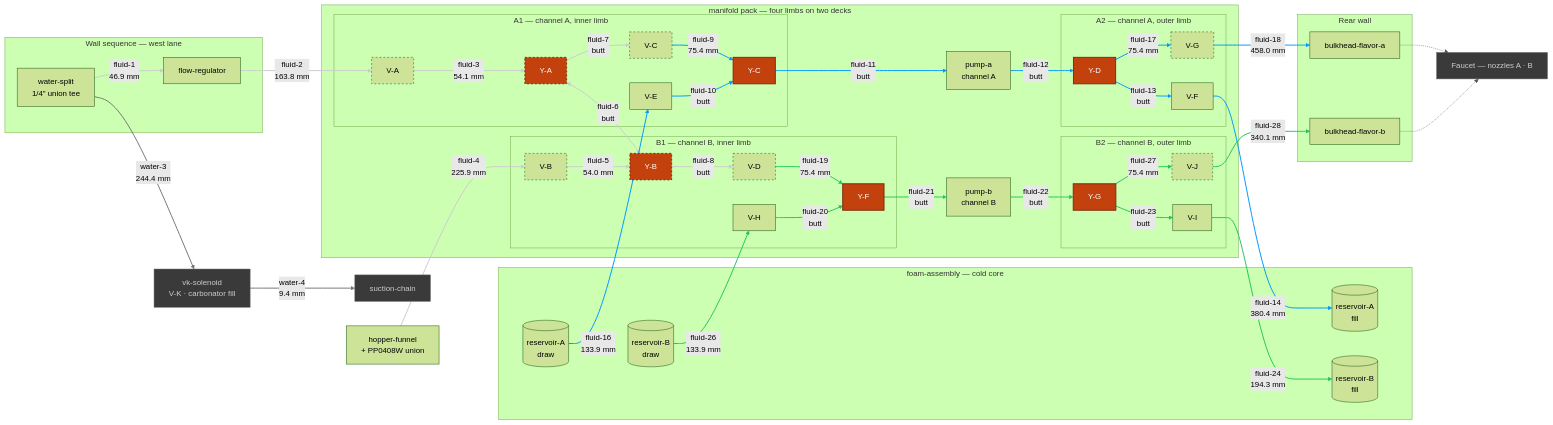
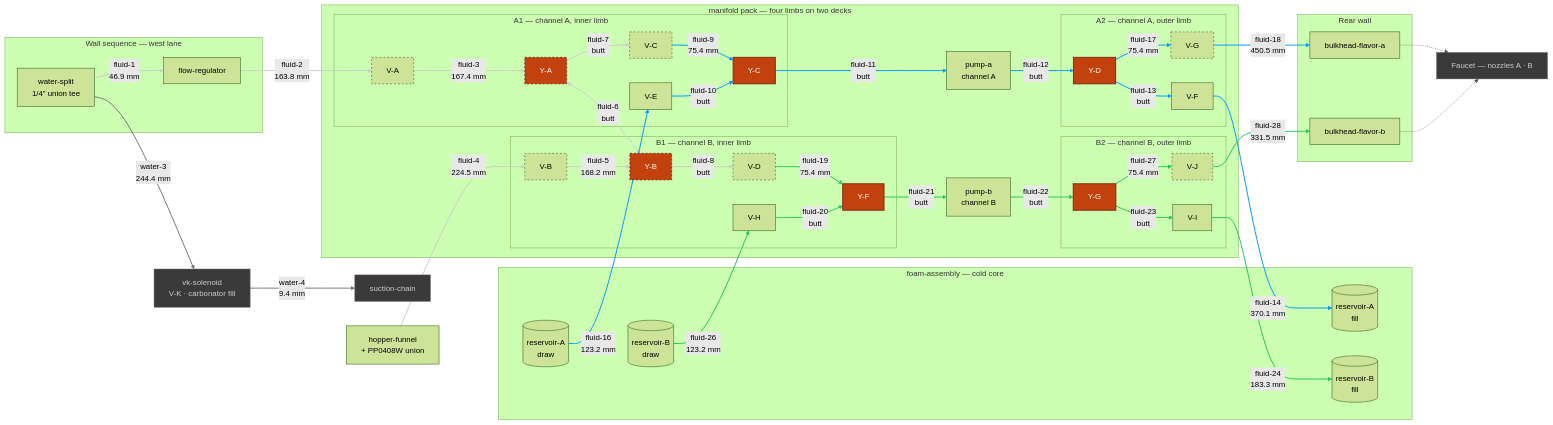
One commit to derekbreden/homesodamachine changed the diagram in hardware/topology/fluid-topology-manifold.mmd. Above: the diagram before and after it, drawn with Mermaid (forest theme). The commit also changed 10 other files, not shown here.

```diff
--- a/hardware/topology/fluid-topology-manifold.mmd
+++ b/hardware/topology/fluid-topology-manifold.mmd
@@ -14,8 +14,8 @@
   %% [26](SEGMENT_COUNT) flavor segments. [11](BUTT_COUNT) are collet butted to collet and carry
   %% no tube at all; [9](DRAWN_COUNT) are swept runs between placed bodies; the rest are the
   %% hinge's four hairpins and the source pair's two quarter-and-step turns. What is cut comes to
-  %% [2486.9 mm](FLUID_TOTAL) of 1/4" LLDPE over [49](FLUID_BENDS) corners, and the longest is
-  %% [fluid-18](LONGEST_ID) at [458.0 mm](LONGEST_LEN). [0](OPEN_COUNT) are mouths with nothing
+  %% [2654.2 mm](FLUID_TOTAL) of 1/4" LLDPE over [49](FLUID_BENDS) corners, and the longest is
+  %% [fluid-18](LONGEST_ID) at [450.5 mm](LONGEST_LEN). [0](OPEN_COUNT) are mouths with nothing
   %% on the far end of them: EVERY FLAVOR SEGMENT IN THIS CHART IS MADE. The hopper's gravity
   %% drain is drawn like the rest — the funnel is seated in the box rather than placed in the
   %% pack, so `fluid-4` is authored after the box exists, off the same frames.
@@ -119,9 +119,9 @@
   %% the run and 14 mm across it, toward the cold core's crown.
   Split -->|"fluid-1<br/>46.9 mm"| FlowReg
   FlowReg -->|"fluid-2<br/>163.8 mm"| VA
-  VA -->|"fluid-3<br/>54.1 mm"| YA
-  Hopper -->|"fluid-4<br/>225.9 mm"| VB
-  VB -->|"fluid-5<br/>54.0 mm"| YB
+  VA -->|"fluid-3<br/>167.4 mm"| YA
+  Hopper -->|"fluid-4<br/>224.5 mm"| VB
+  VB -->|"fluid-5<br/>168.2 mm"| YB
   YA <-->|"fluid-6<br/>butt"| YB
   YA -->|"fluid-7<br/>butt"| VC
   YB -->|"fluid-8<br/>butt"| VD
@@ -138,10 +138,10 @@
   YC -->|"fluid-11<br/>butt"| PA
   PA -->|"fluid-12<br/>butt"| YD
   YD -->|"fluid-13<br/>butt"| VF
-  VF -->|"fluid-14<br/>380.4 mm"| ResAFill
-  ResA -->|"fluid-16<br/>133.9 mm"| VE
+  VF -->|"fluid-14<br/>370.1 mm"| ResAFill
+  ResA -->|"fluid-16<br/>123.2 mm"| VE
   YD -->|"fluid-17<br/>75.4 mm"| VG
-  VG -->|"fluid-18<br/>458.0 mm"| BhA
+  VG -->|"fluid-18<br/>450.5 mm"| BhA
 
   %% =========================
   %% Channel B — fluid-19 … fluid-28
@@ -154,10 +154,10 @@
   YF -->|"fluid-21<br/>butt"| PB
   PB -->|"fluid-22<br/>butt"| YG
   YG -->|"fluid-23<br/>butt"| VI
-  VI -->|"fluid-24<br/>194.3 mm"| ResBFill
-  ResB -->|"fluid-26<br/>133.9 mm"| VH
+  VI -->|"fluid-24<br/>183.3 mm"| ResBFill
+  ResB -->|"fluid-26<br/>123.2 mm"| VH
   YG -->|"fluid-27<br/>75.4 mm"| VJ
-  VJ -->|"fluid-28<br/>340.1 mm"| BhB
+  VJ -->|"fluid-28<br/>331.5 mm"| BhB
 
   %% =========================
   %% V-K's own two runs — the carbonator circuit, through this bay
```
